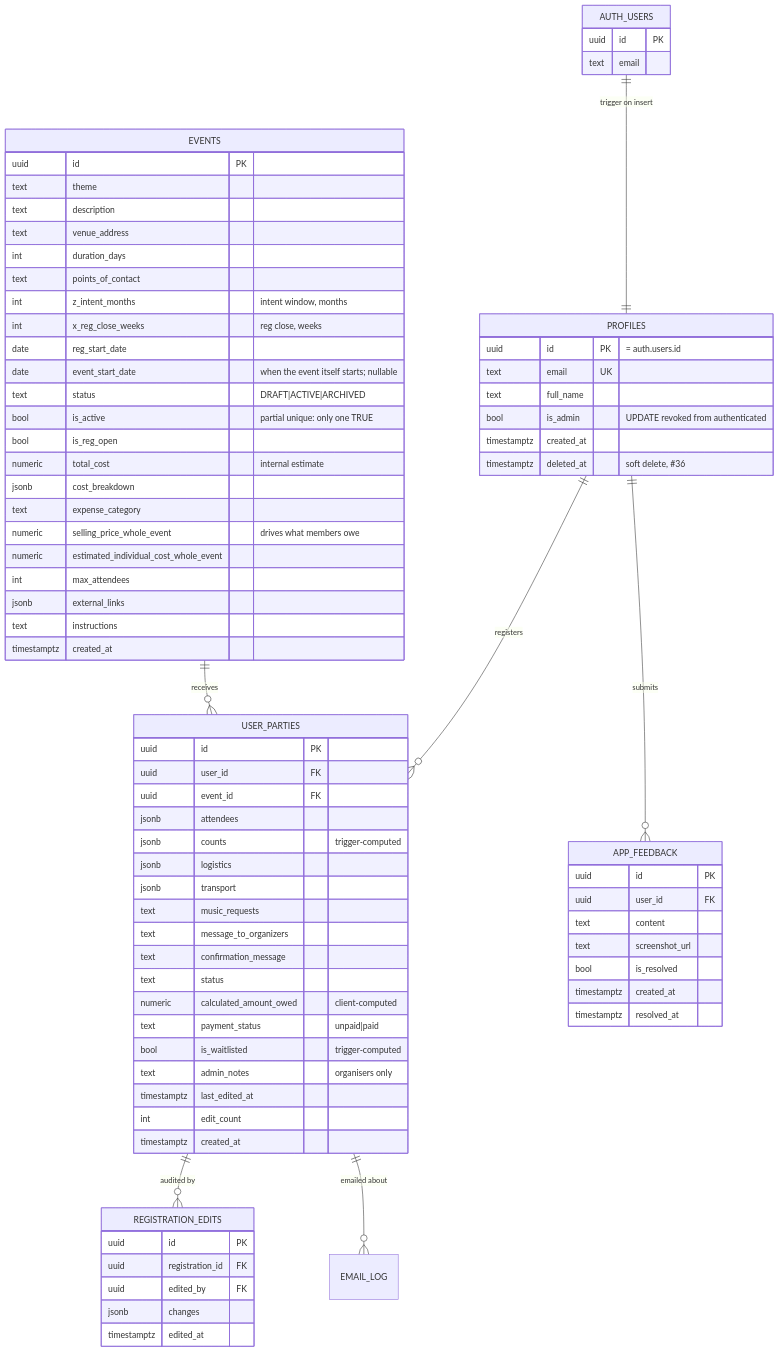
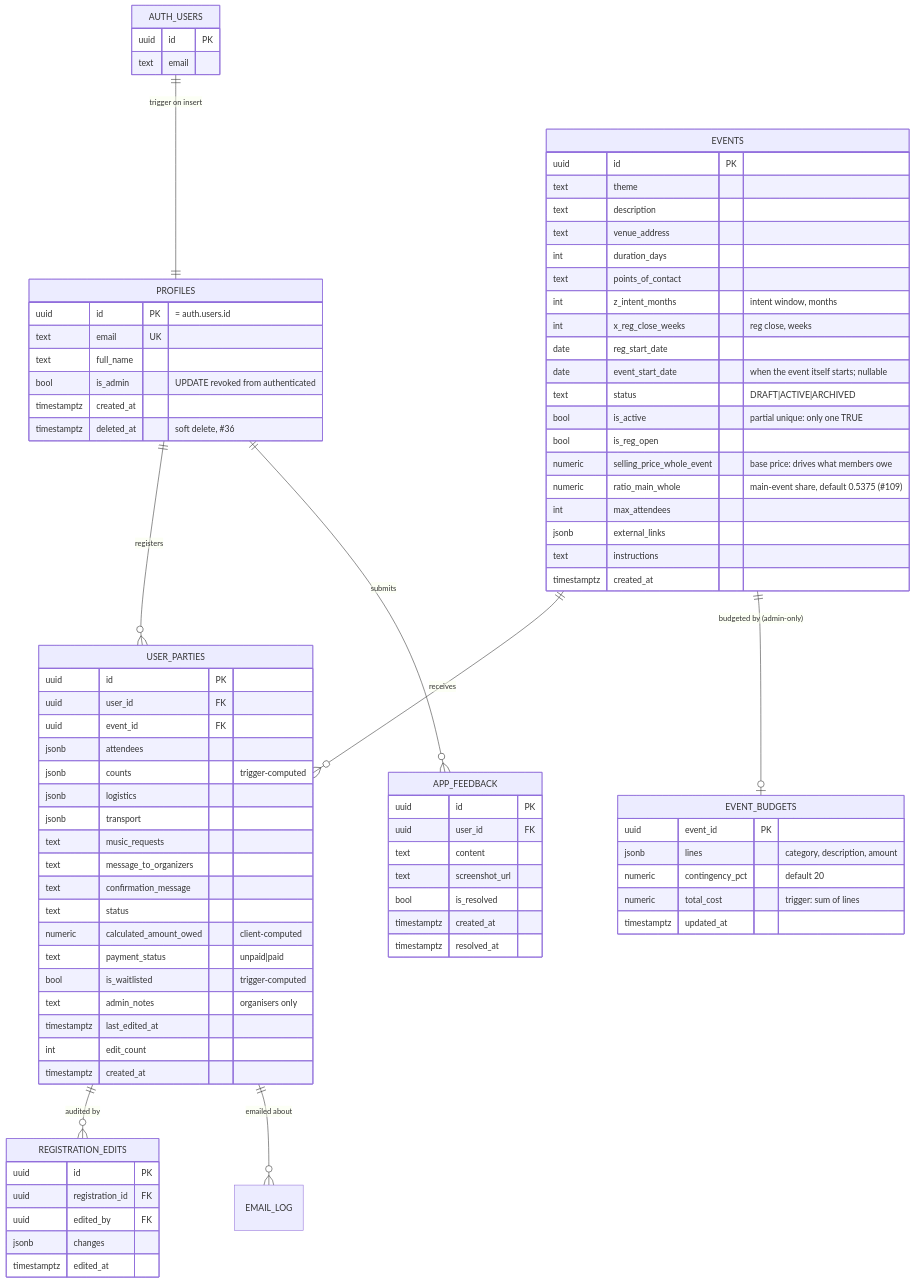
Before and after one commit to YULmix/yulmix-la-bedaine: the first of 2 diagrams in docs/03-data-model.md, drawn with Mermaid. The commit also changed other lines of this file and 24 other files, not shown here.

First line of the commit message:
feat(admin): per-event main-event ratio, admin-only budget, Budget tab with break-even simulator (#109) (#110)

```diff
--- a/docs/03-data-model.md
+++ b/docs/03-data-model.md
@@ -12,6 +12,7 @@
   AUTH_USERS ||--|| PROFILES : "trigger on insert"
   PROFILES ||--o{ USER_PARTIES : "registers"
   EVENTS ||--o{ USER_PARTIES : "receives"
+  EVENTS ||--o| EVENT_BUDGETS : "budgeted by (admin-only)"
   PROFILES ||--o{ APP_FEEDBACK : "submits"
   USER_PARTIES ||--o{ REGISTRATION_EDITS : "audited by"
   USER_PARTIES ||--o{ EMAIL_LOG : "emailed about"
@@ -42,15 +43,19 @@
     text status "DRAFT|ACTIVE|ARCHIVED"
     bool is_active "partial unique: only one TRUE"
     bool is_reg_open
-    numeric total_cost "internal estimate"
-    jsonb cost_breakdown
-    text expense_category
-    numeric selling_price_whole_event "drives what members owe"
-    numeric estimated_individual_cost_whole_event
+    numeric selling_price_whole_event "base price: drives what members owe"
+    numeric ratio_main_whole "main-event share, default 0.5375 (#109)"
     int max_attendees
     jsonb external_links
     text instructions
     timestamptz created_at
+  }
+  EVENT_BUDGETS {
+    uuid event_id PK
+    jsonb lines "category, description, amount"
+    numeric contingency_pct "default 20"
+    numeric total_cost "trigger: sum of lines"
+    timestamptz updated_at
   }
   USER_PARTIES {
     uuid id PK
```
